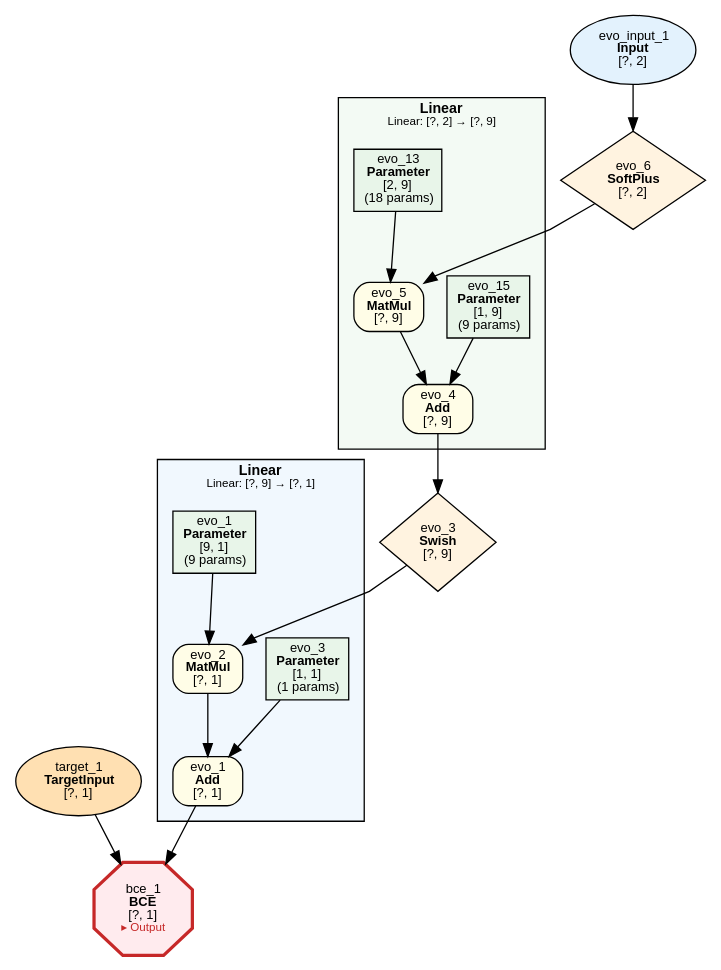
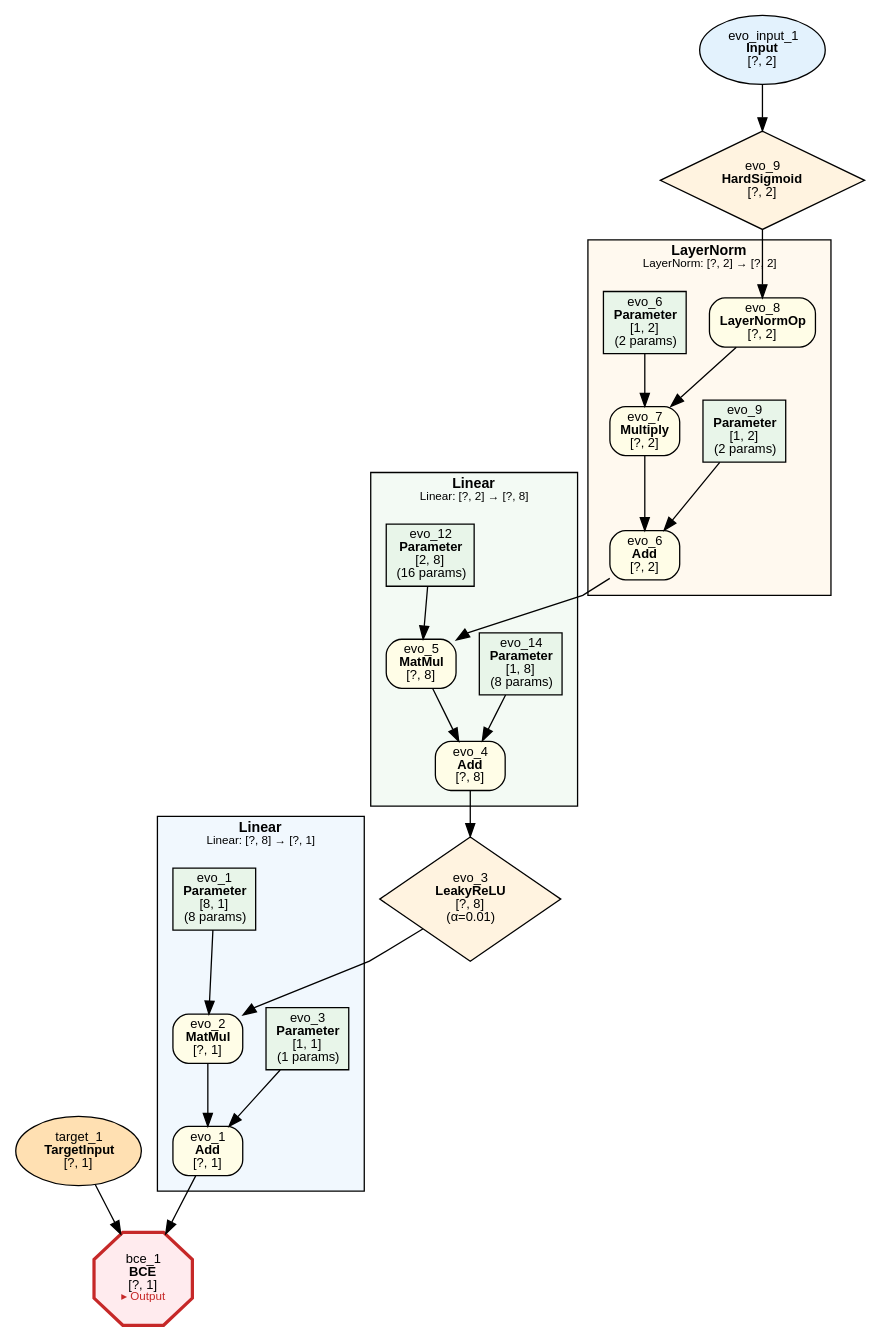
One commit to dbsxdbsx/only_torch changed the diagram in examples/evolution/xor/evolution_xor.dot. Above: the diagram before and after it, drawn with Graphviz. The commit also changed 12 other files, not shown here.

```diff
--- a/examples/evolution/xor/evolution_xor.dot
+++ b/examples/evolution/xor/evolution_xor.dot
@@ -1,52 +1,71 @@
 digraph ComputeGraph {
     rankdir=TB;
     newrank=true;
     splines=polyline;
     node [fontname="Microsoft YaHei,SimHei,Arial"];
     edge [fontname="Microsoft YaHei,SimHei,Arial"];
 
     subgraph cluster_group_linear_0 {
-        label=<<B>Linear</B><BR/><FONT POINT-SIZE="9">Linear: [?, 9] → [?, 1]</FONT>>;
+        label=<<B>Linear</B><BR/><FONT POINT-SIZE="9">Linear: [?, 8] → [?, 1]</FONT>>;
         style=filled;
         fillcolor="#E3F2FD80";
         fontname="Microsoft YaHei,SimHei,Arial";
         fontsize=11;
         margin=12;
             "2" [label=<evo_1<BR/><B>Add</B><BR/>[?, 1]> shape=box style="filled,rounded" fillcolor="#FFFDE7" fontsize=10];
             "4" [label=<evo_2<BR/><B>MatMul</B><BR/>[?, 1]> shape=box style="filled,rounded" fillcolor="#FFFDE7" fontsize=10];
             "5" [label=<evo_3<BR/><B>Parameter</B><BR/>[1, 1]<BR/>(1 params)> shape=box style=filled fillcolor="#E8F5E9" fontsize=10];
-            "7" [label=<evo_1<BR/><B>Parameter</B><BR/>[9, 1]<BR/>(9 params)> shape=box style=filled fillcolor="#E8F5E9" fontsize=10];
+            "7" [label=<evo_1<BR/><B>Parameter</B><BR/>[8, 1]<BR/>(8 params)> shape=box style=filled fillcolor="#E8F5E9" fontsize=10];
     }
 
-    subgraph cluster_group_linear_1 {
-        label=<<B>Linear</B><BR/><FONT POINT-SIZE="9">Linear: [?, 2] → [?, 9]</FONT>>;
+    subgraph cluster_group_linear_2 {
+        label=<<B>Linear</B><BR/><FONT POINT-SIZE="9">Linear: [?, 2] → [?, 8]</FONT>>;
         style=filled;
         fillcolor="#E8F5E980";
         fontname="Microsoft YaHei,SimHei,Arial";
         fontsize=11;
         margin=12;
-            "8" [label=<evo_4<BR/><B>Add</B><BR/>[?, 9]> shape=box style="filled,rounded" fillcolor="#FFFDE7" fontsize=10];
-            "9" [label=<evo_5<BR/><B>MatMul</B><BR/>[?, 9]> shape=box style="filled,rounded" fillcolor="#FFFDE7" fontsize=10];
-            "10" [label=<evo_15<BR/><B>Parameter</B><BR/>[1, 9]<BR/>(9 params)> shape=box style=filled fillcolor="#E8F5E9" fontsize=10];
-            "12" [label=<evo_13<BR/><B>Parameter</B><BR/>[2, 9]<BR/>(18 params)> shape=box style=filled fillcolor="#E8F5E9" fontsize=10];
+            "8" [label=<evo_4<BR/><B>Add</B><BR/>[?, 8]> shape=box style="filled,rounded" fillcolor="#FFFDE7" fontsize=10];
+            "9" [label=<evo_5<BR/><B>MatMul</B><BR/>[?, 8]> shape=box style="filled,rounded" fillcolor="#FFFDE7" fontsize=10];
+            "10" [label=<evo_14<BR/><B>Parameter</B><BR/>[1, 8]<BR/>(8 params)> shape=box style=filled fillcolor="#E8F5E9" fontsize=10];
+            "12" [label=<evo_12<BR/><B>Parameter</B><BR/>[2, 8]<BR/>(16 params)> shape=box style=filled fillcolor="#E8F5E9" fontsize=10];
+    }
+
+    subgraph cluster_group_layernorm_1 {
+        label=<<B>LayerNorm</B><BR/><FONT POINT-SIZE="9">LayerNorm: [?, 2] → [?, 2]</FONT>>;
+        style=filled;
+        fillcolor="#FFF3E080";
+        fontname="Microsoft YaHei,SimHei,Arial";
+        fontsize=11;
+        margin=12;
+            "11" [label=<evo_6<BR/><B>Add</B><BR/>[?, 2]> shape=box style="filled,rounded" fillcolor="#FFFDE7" fontsize=10];
+            "13" [label=<evo_7<BR/><B>Multiply</B><BR/>[?, 2]> shape=box style="filled,rounded" fillcolor="#FFFDE7" fontsize=10];
+            "14" [label=<evo_9<BR/><B>Parameter</B><BR/>[1, 2]<BR/>(2 params)> shape=box style=filled fillcolor="#E8F5E9" fontsize=10];
+            "15" [label=<evo_8<BR/><B>LayerNormOp</B><BR/>[?, 2]> shape=box style="filled,rounded" fillcolor="#FFFDE7" fontsize=10];
+            "16" [label=<evo_6<BR/><B>Parameter</B><BR/>[1, 2]<BR/>(2 params)> shape=box style=filled fillcolor="#E8F5E9" fontsize=10];
     }
 
     "1" [label=<bce_1<BR/><B>BCE</B><BR/>[?, 1]<BR/><FONT COLOR="#C62828" POINT-SIZE="9">▸ Output</FONT>> shape=octagon style=filled fillcolor="#FFEBEE" fontsize=10 penwidth=2.5 color="#C62828"];
     "3" [label=<target_1<BR/><B>TargetInput</B><BR/>[?, 1]> shape=ellipse style=filled fillcolor="#FFE0B2" fontsize=10];
-    "6" [label=<evo_3<BR/><B>Swish</B><BR/>[?, 9]> shape=diamond style=filled fillcolor="#FFF3E0" fontsize=10];
-    "11" [label=<evo_6<BR/><B>SoftPlus</B><BR/>[?, 2]> shape=diamond style=filled fillcolor="#FFF3E0" fontsize=10];
-    "13" [label=<evo_input_1<BR/><B>Input</B><BR/>[?, 2]> shape=ellipse style=filled fillcolor="#E3F2FD" fontsize=10];
+    "6" [label=<evo_3<BR/><B>LeakyReLU</B><BR/>[?, 8]<BR/>(α=0.01)> shape=diamond style=filled fillcolor="#FFF3E0" fontsize=10];
+    "17" [label=<evo_9<BR/><B>HardSigmoid</B><BR/>[?, 2]> shape=diamond style=filled fillcolor="#FFF3E0" fontsize=10];
+    "18" [label=<evo_input_1<BR/><B>Input</B><BR/>[?, 2]> shape=ellipse style=filled fillcolor="#E3F2FD" fontsize=10];
 
     "2" -> "1";
     "3" -> "1";
     "4" -> "2";
     "5" -> "2";
     "6" -> "4";
     "7" -> "4";
     "8" -> "6";
     "9" -> "8";
     "10" -> "8";
     "11" -> "9";
     "12" -> "9";
     "13" -> "11";
+    "14" -> "11";
+    "15" -> "13";
+    "16" -> "13";
+    "17" -> "15";
+    "18" -> "17";
 }
```
